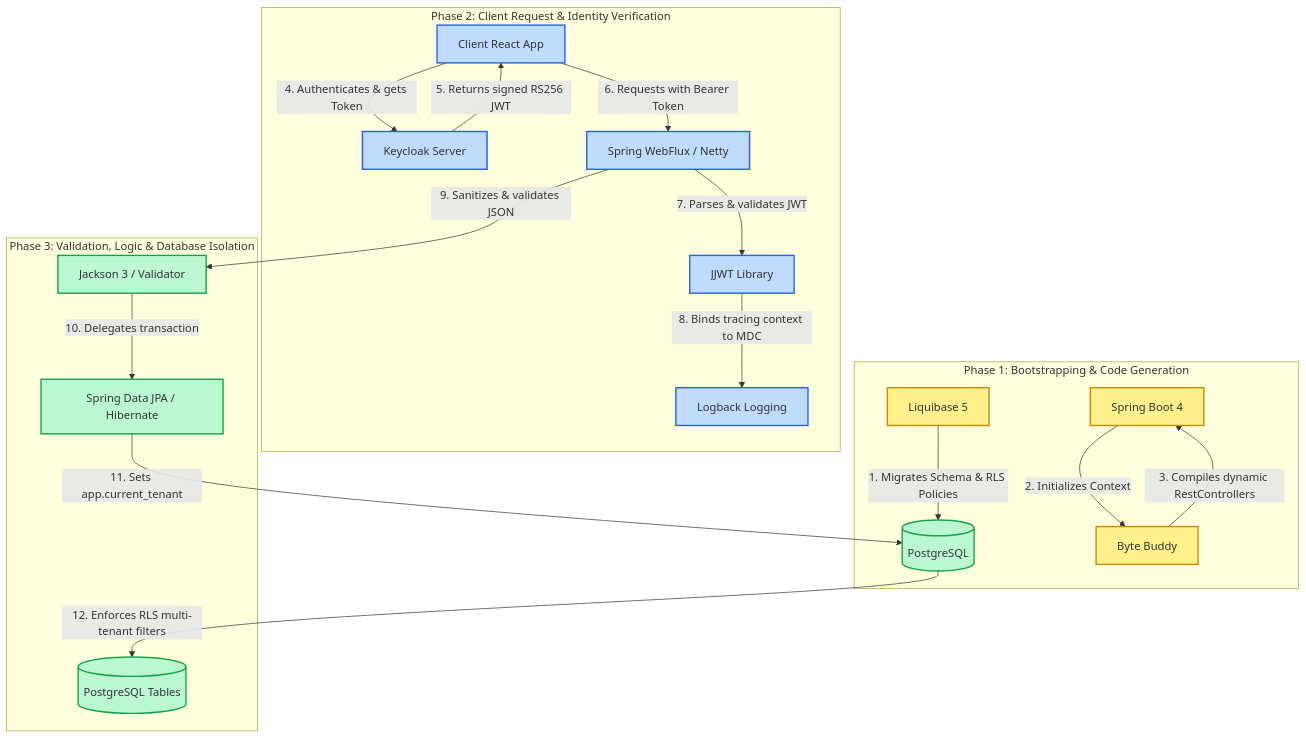
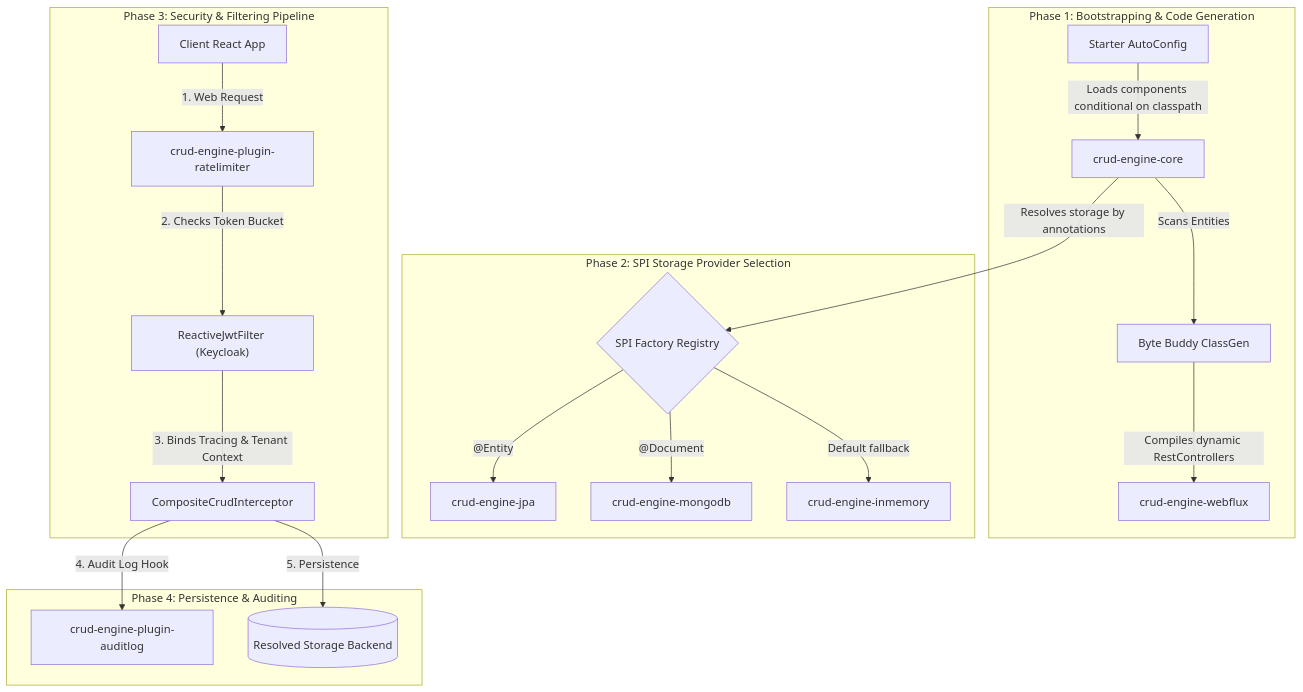
The diagram in README.md (7-3-N-3-7/CRUD-Engine-API), drawn with Mermaid before and after one commit. The commit also changed other lines of this file and 1 other file, not shown here.

Commit message:
docs: Update README and SETUP manuals for submodule pluggable architecture

````diff
--- a/README.md
+++ b/README.md
@@ -27,30 +53,26 @@
 ```mermaid
 graph TD
     subgraph SetupPhase ["Phase 1: Bootstrapping & Code Generation"]
-        LB["Liquibase 5"] -->|"1. Migrates Schema & RLS Policies"| PG[("PostgreSQL")]
-        SB["Spring Boot 4"] -->|"2. Initializes Context"| BB["Byte Buddy"]
-        BB -->|"3. Compiles dynamic RestControllers"| SB
+        Starter["Starter AutoConfig"] -->|"Loads components conditional on classpath"| Core["crud-engine-core"]
+        Core -->|"Scans Entities"| BB["Byte Buddy ClassGen"]
+        BB -->|"Compiles dynamic RestControllers"| Webflux["crud-engine-webflux"]
     end
 
-    subgraph Authentication ["Phase 2: Client Request & Identity Verification"]
-        Client["Client React App"] -->|"4. Authenticates & gets Token"| KC["Keycloak Server"]
-        KC -->|"5. Returns signed RS256 JWT"| Client
-        Client -->|"6. Requests with Bearer Token"| Netty["Spring WebFlux / Netty"]
-        Netty -->|"7. Parses & validates JWT"| JJWT["JJWT Library"]
-        JJWT -->|"8. Binds tracing context to MDC"| LBK["Logback Logging"]
+    subgraph StorageResolution ["Phase 2: SPI Storage Provider Selection"]
+        Core -->|"Resolves storage by annotations"| SPI{"SPI Factory Registry"}
+        SPI -->|"@Entity"| JPA["crud-engine-jpa"]
+        SPI -->|"@Document"| Mongo["crud-engine-mongodb"]
+        SPI -->|"Default fallback"| InMemory["crud-engine-inmemory"]
     end
 
-    subgraph Processing ["Phase 3: Validation, Logic & Database Isolation"]
-        Netty -->|"9. Sanitizes & validates JSON"| JK["Jackson 3 / Validator"]
-        JK -->|"10. Delegates transaction"| JPA["Spring Data JPA / Hibernate"]
-        JPA -->|"11. Sets app.current_tenant"| PG
-        PG -->|"12. Enforces RLS multi-tenant filters"| DB_Store[("PostgreSQL Tables")]
+    subgraph Authentication ["Phase 3: Security & Filtering Pipeline"]
+        Client["Client React App"] -->|"1. Web Request"| Limit["crud-engine-plugin-ratelimiter"]
+        Limit -->|"2. Checks Token Bucket"| Filter["ReactiveJwtFilter (Keycloak)"]
+        Filter -->|"3. Binds Tracing & Tenant Context"| Interceptor["CompositeCrudInterceptor"]
     end
 
-    classDef setup fill:#fef08a,stroke:#ca8a04,stroke-width:2px;
-    classDef auth fill:#bfdbfe,stroke:#2563eb,stroke-width:2px;
-    classDef process fill:#bbf7d0,stroke:#16a34a,stroke-width:2px;
-    class LB,SB,BB setup;
-    class Client,KC,Netty,JJWT,LBK auth;
-    class JK,JPA,PG,DB_Store process;
+    subgraph Execution ["Phase 4: Persistence & Auditing"]
+        Interceptor -->|"4. Audit Log Hook"| Audit["crud-engine-plugin-auditlog"]
+        Interceptor -->|"5. Persistence"| ResolvedStorage[("Resolved Storage Backend")]
+    end
 ```
````
